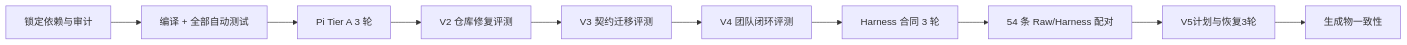
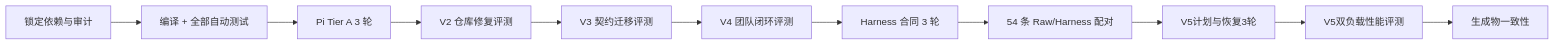
One commit to LarryBUPT/A-Pidoc changed the diagram in docs/verification.md. Above: the diagram before and after it, drawn with Mermaid. The commit also changed other lines of this file and 28 other files, not shown here.

````diff
--- a/docs/verification.md
+++ b/docs/verification.md
@@ -9,12 +9,13 @@
 ```mermaid
 flowchart LR
     A[锁定依赖与审计] --> B[编译 + 全部自动测试]
     B --> C[Pi Tier A 3 轮]
     C --> D[V2 仓库修复评测]
     D --> E[V3 契约迁移评测]
     E --> F[V4 团队闭环评测]
     F --> H[Harness 合同 3 轮]
     H --> I[54 条 Raw/Harness 配对]
     I --> J[V5计划与恢复3轮]
-    J --> G[生成物一致性]
+    J --> K[V5双负载性能评测]
+    K --> G[生成物一致性]
 ```
````
